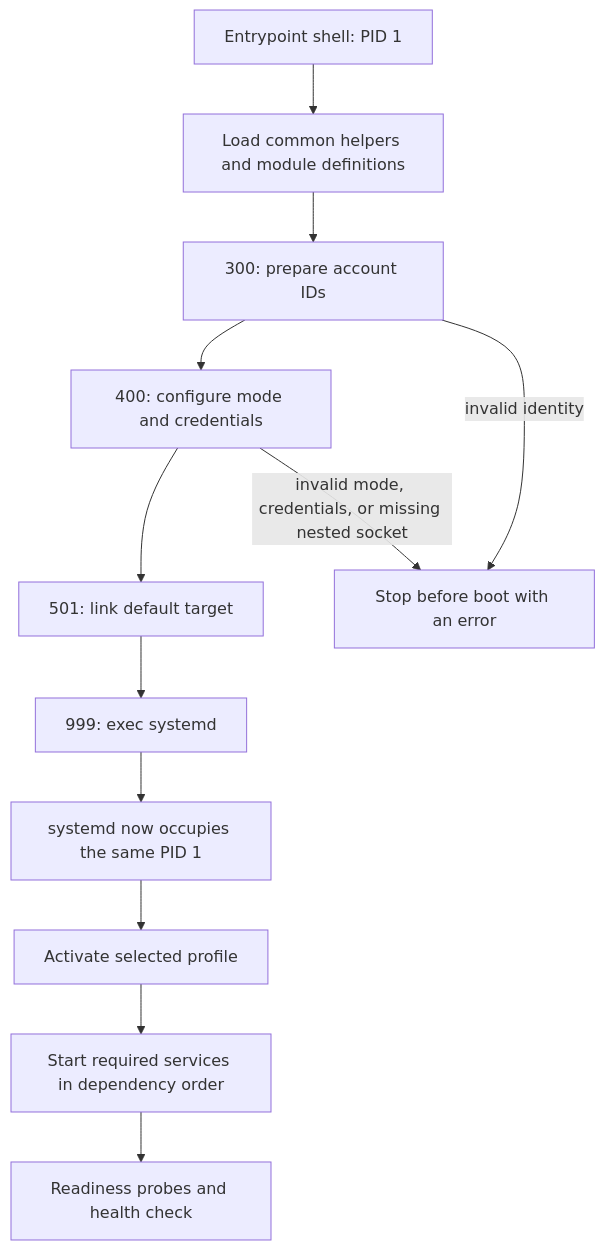
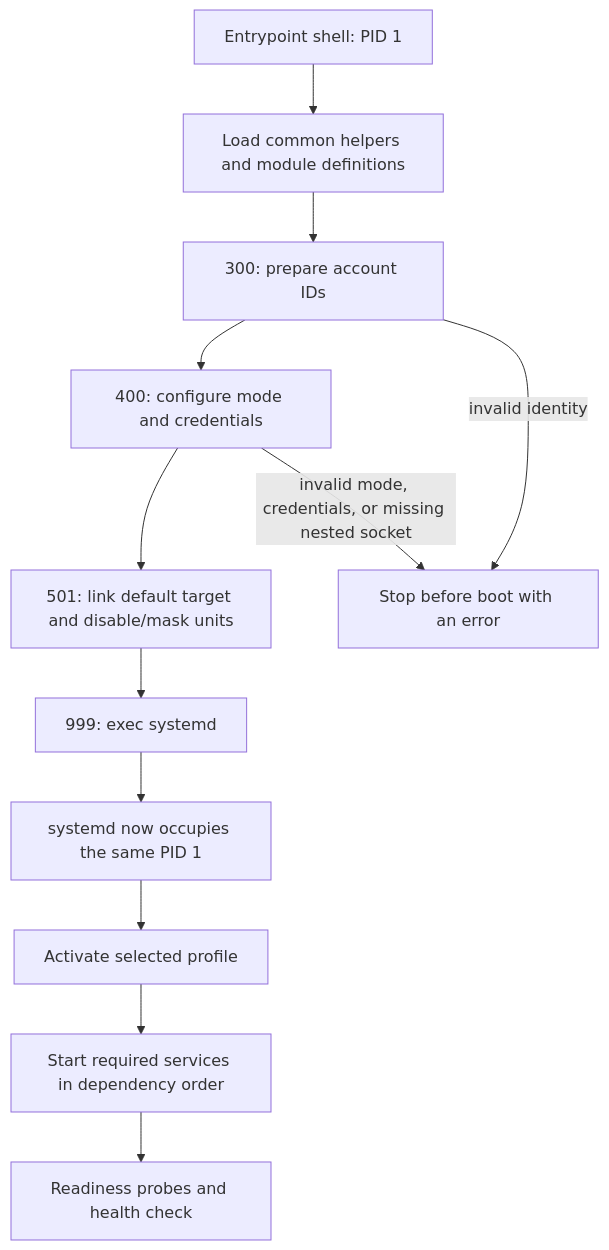
Before and after one commit to skynet-core/kde-container: the diagram in docs/diagrams/boot.mmd, drawn with Mermaid. The commit also changed 17 other files, not shown here.

```diff
--- a/docs/diagrams/boot.mmd
+++ b/docs/diagrams/boot.mmd
@@ -1,15 +1,15 @@
 flowchart TD
     start["Entrypoint shell: PID 1"]
     common["Load common helpers and module definitions"]
     identity["300: prepare account IDs"]
     configure["400: configure mode and credentials"]
-    target["501: link default target"]
+    target["501: link default target and disable/mask units"]
     handoff["999: exec systemd"]
     systemd["systemd now occupies the same PID 1"]
     profile["Activate selected profile"]
     services["Start required services in dependency order"]
     ready["Readiness probes and health check"]
     error["Stop before boot with an error"]
     start --> common --> identity --> configure --> target --> handoff --> systemd --> profile --> services --> ready
     identity -->|"invalid identity"| error
     configure -->|"invalid mode, credentials, or missing nested socket"| error
```
